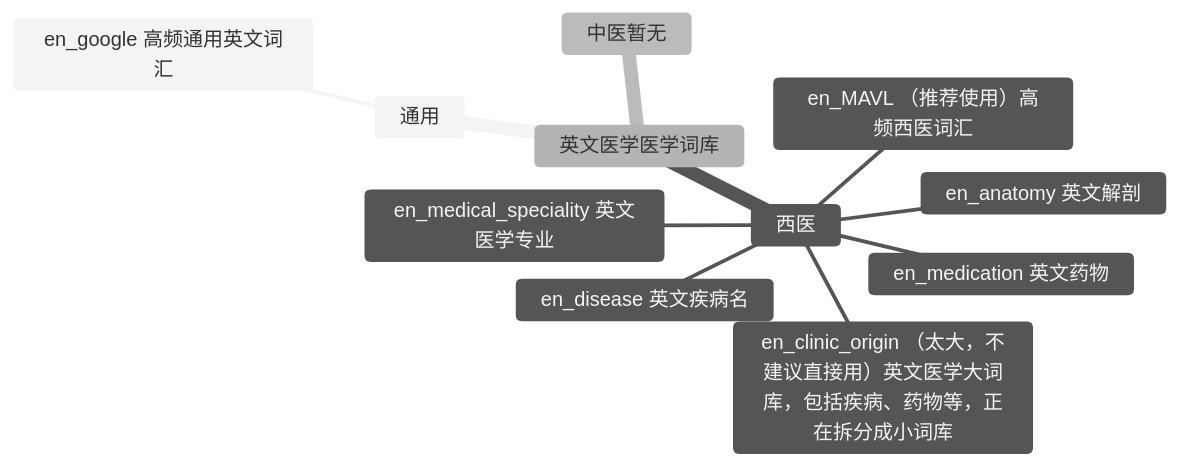
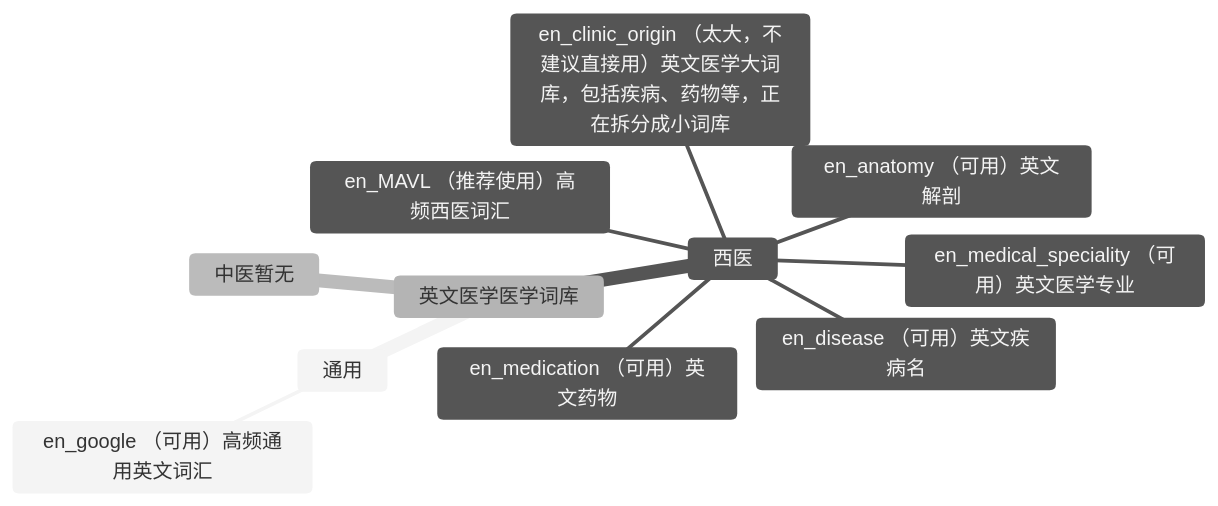
One commit to whitewatercn/rime_clinic changed the second of 2 diagrams in README.md. Above: the diagram before and after it, drawn with Mermaid (neutral theme). The commit also changed other lines of this file, not shown here.

Commit message:
补充修改

````diff
--- a/README.md
+++ b/README.md
@@ -43,14 +42,14 @@
 ```mermaid
 mindmap
    英文医学医学词库
         通用
-            en_google 高频通用英文词汇
+            en_google （可用）高频通用英文词汇
         西医
             en_MAVL （推荐使用）高频西医词汇
-            en_disease 英文疾病名
-            en_anatomy 英文解剖
-            en_medication 英文药物
-            en_medical_speciality 英文医学专业
+            en_disease （可用）英文疾病名
+            en_anatomy （可用）英文解剖
+            en_medication （可用）英文药物
+            en_medical_speciality （可用）英文医学专业
             en_clinic_origin （太大，不建议直接用）英文医学大词库，包括疾病、药物等，正在拆分成小词库
         中医暂无
 ```
````
